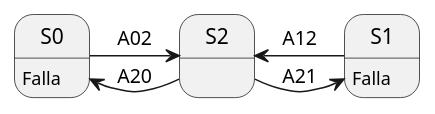
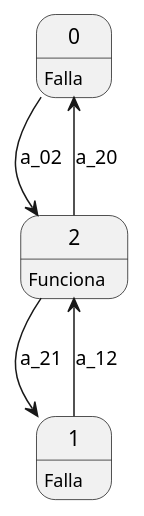
One commit to vacagonzalo/mse-isc-tp4 changed the diagram in plantuml/diagrama_estados.plantuml. Above: the diagram before and after it, drawn with PlantUML. The commit also changed 2 other files, not shown here.

```diff
--- a/plantuml/diagrama_estados.plantuml
+++ b/plantuml/diagrama_estados.plantuml
@@ -1,13 +1,13 @@
 @startuml Transicion
 
-S0 : Falla
-S1 : Falla
-S2 :
+state 0 : Falla
+state 1 : Falla
+state 2 : Funciona
 
-S0 -> S2 : A02
-S1 -> S2 : A12
-S2 -> S0 : A20
-S2 -> S1 : A21
+0 --> 2 : a_02
+1 --> 2 : a_12
+2 --> 0 : a_20
+2 --> 1 : a_21
 
 
 @enduml
```
